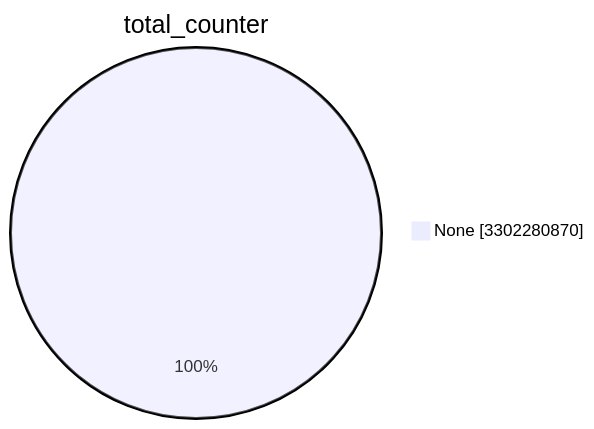
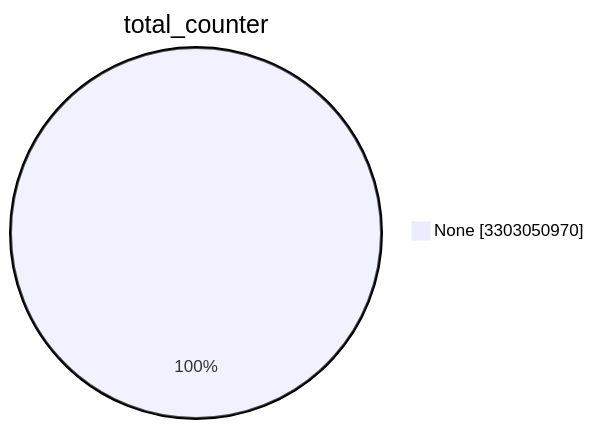
Before and after one commit to christiankrug/ctmonitor_visualization: the first of 15 diagrams in TOTAL/README.md, drawn with Mermaid. The commit also changed other lines of this file, not shown here.

````diff
--- a/TOTAL/README.md
+++ b/TOTAL/README.md
@@ -1,5 +1,5 @@
 ```mermaid
 pie showData
 title total_counter
-"None" :3302280870
+"None" :3303050970
 ```
````
